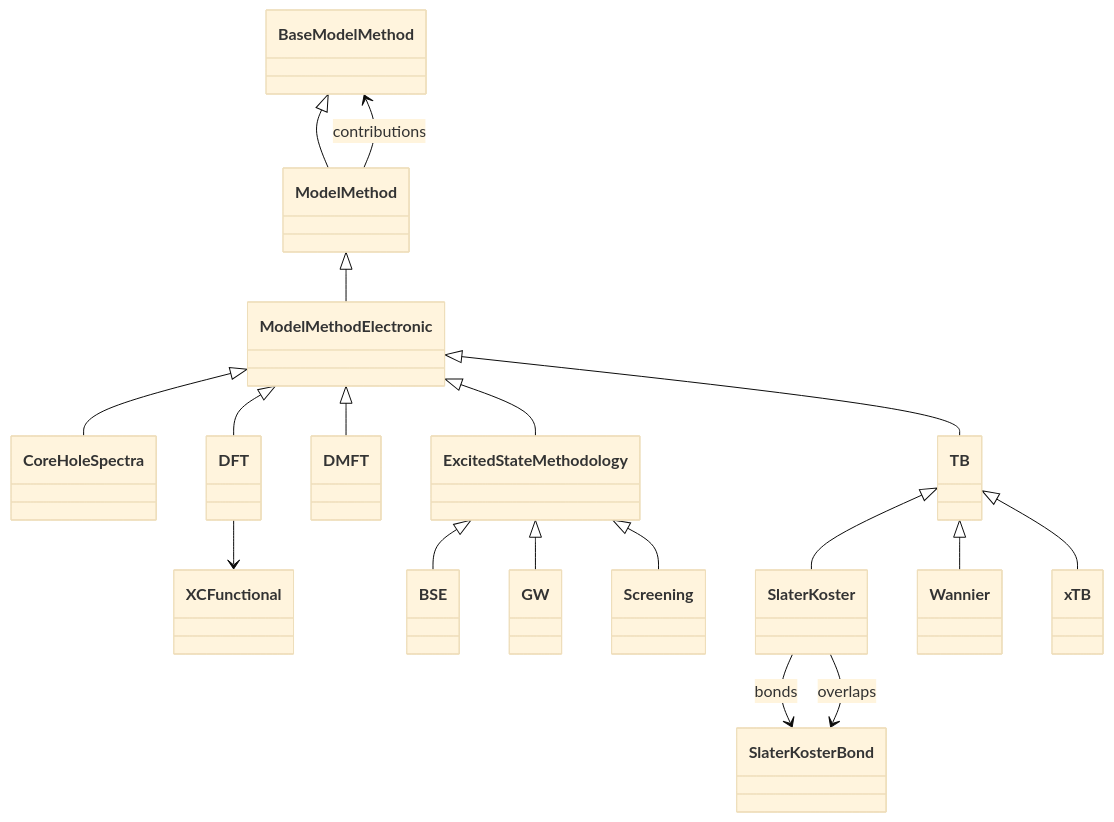
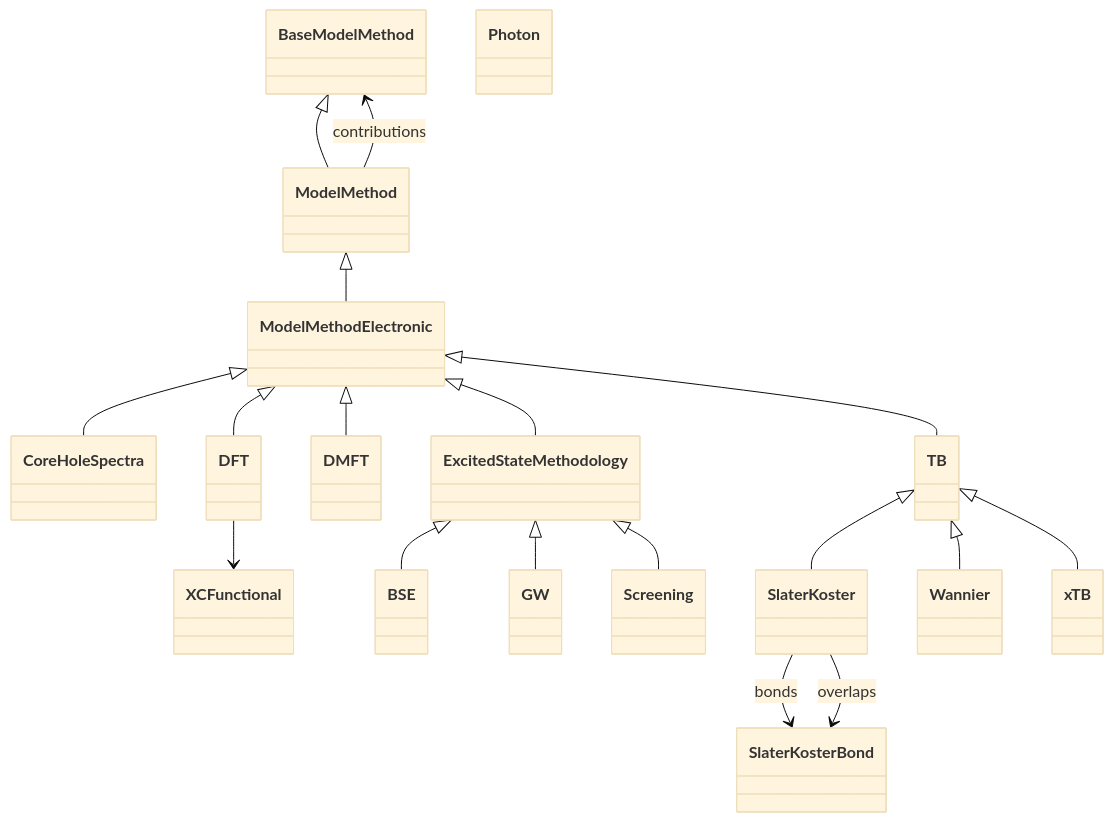
Before and after one commit to FAIRmat-NFDI/nomad-simulations: the diagram in docs/schema/model_method.diagram.md, drawn with Mermaid (base theme). The commit also changed other lines of this file and 92 other files, not shown here.

````diff
--- a/docs/schema/model_method.diagram.md
+++ b/docs/schema/model_method.diagram.md
@@ -16,52 +16,54 @@
 ```mermaid
 classDiagram
     class BSE {
     }
     class BaseModelMethod {
     }
     class CoreHoleSpectra {
     }
     class DFT {
     }
     class DMFT {
     }
     class ExcitedStateMethodology {
     }
     class GW {
     }
     class ModelMethod {
     }
     class ModelMethodElectronic {
+    }
+    class Photon {
     }
     class Screening {
     }
     class SlaterKoster {
     }
     class SlaterKosterBond {
     }
     class TB {
     }
     class Wannier {
     }
     class XCFunctional {
     }
     class xTB {
     }
     ExcitedStateMethodology <|-- BSE
     ModelMethodElectronic <|-- CoreHoleSpectra
     ModelMethodElectronic <|-- DFT
     ModelMethodElectronic <|-- DMFT
     ModelMethodElectronic <|-- ExcitedStateMethodology
     ExcitedStateMethodology <|-- GW
     BaseModelMethod <|-- ModelMethod
     ModelMethod <|-- ModelMethodElectronic
     ExcitedStateMethodology <|-- Screening
     TB <|-- SlaterKoster
     ModelMethodElectronic <|-- TB
     TB <|-- Wannier
     TB <|-- xTB
     DFT --> XCFunctional
     ModelMethod --> BaseModelMethod : contributions
     SlaterKoster --> SlaterKosterBond : bonds
     SlaterKoster --> SlaterKosterBond : overlaps
 ```
````
